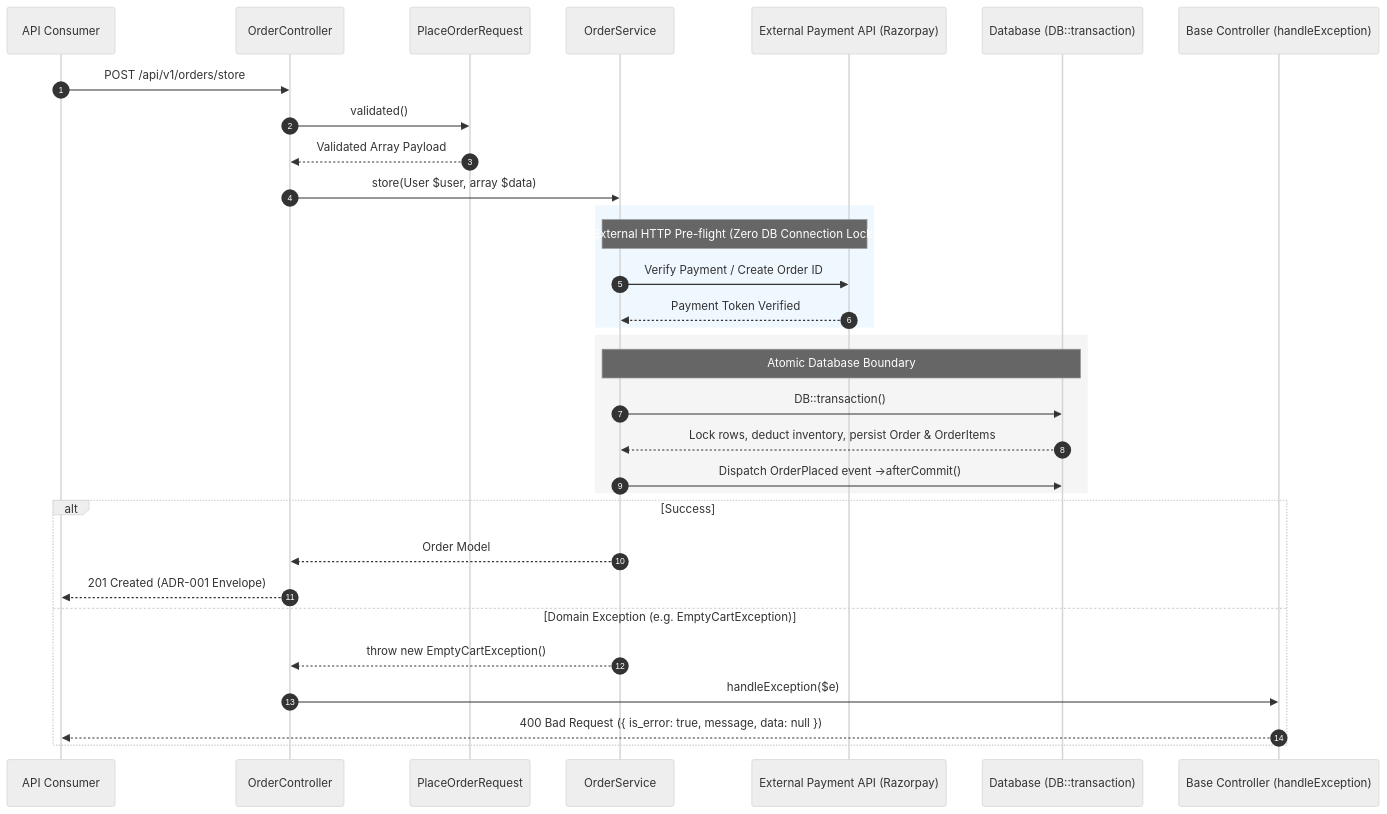
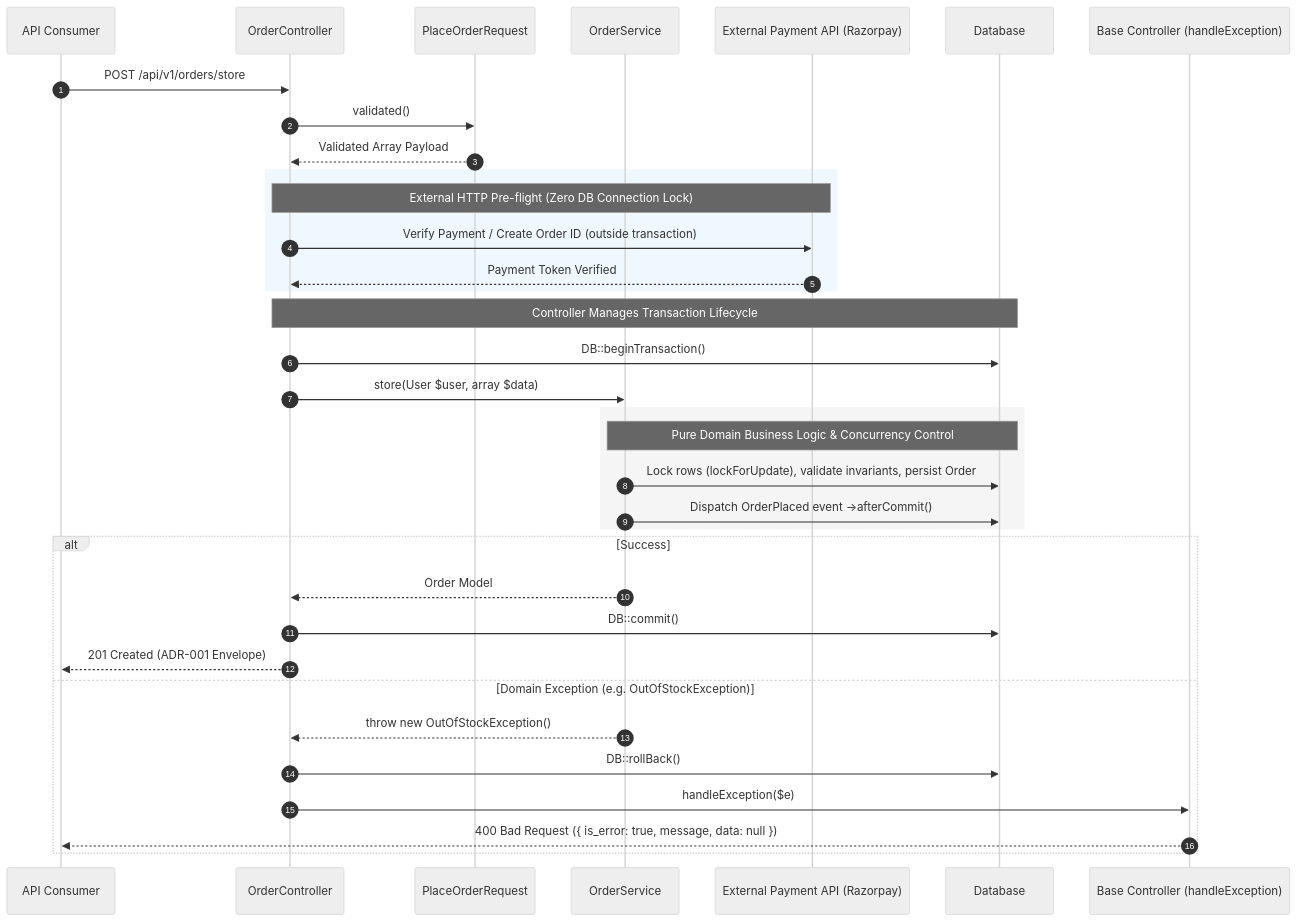
The diagram in backend/laravel-engineering-handbook/04-business-logic/README.md (arjundholakiyappmatictech-arch/food-delivery-backend), drawn with Mermaid (neutral theme) before and after one commit. The commit also changed other lines of this file and 13 other files, not shown here.

Commit message:
update database transaction architecture

````diff
--- a/backend/laravel-engineering-handbook/04-business-logic/README.md
+++ b/backend/laravel-engineering-handbook/04-business-logic/README.md
@@ -27,39 +27,43 @@
 ```mermaid
 sequenceDiagram
     autonumber
     participant Client as API Consumer
     participant Ctrl as OrderController
     participant Req as PlaceOrderRequest
     participant Svc as OrderService
     participant Ext as External Payment API (Razorpay)
-    participant DB as Database (DB::transaction)
+    participant DB as Database
     participant Base as Base Controller (handleException)
 
     Client->>Ctrl: POST /api/v1/orders/store
     Ctrl->>Req: validated()
     Req-->>Ctrl: Validated Array Payload
 
-    Ctrl->>Svc: store(User $user, array $data)
-    
     rect rgb(240, 248, 255)
-        Note over Svc,Ext: External HTTP Pre-flight (Zero DB Connection Lock)
-        Svc->>Ext: Verify Payment / Create Order ID
-        Ext-->>Svc: Payment Token Verified
+        Note over Ctrl,Ext: External HTTP Pre-flight (Zero DB Connection Lock)
+        Ctrl->>Ext: Verify Payment / Create Order ID (outside transaction)
+        Ext-->>Ctrl: Payment Token Verified
     end
 
+    Note over Ctrl,DB: Controller Manages Transaction Lifecycle
+    Ctrl->>DB: DB::beginTransaction()
+    
+    Ctrl->>Svc: store(User $user, array $data)
+
     rect rgb(245, 245, 245)
-        Note over Svc,DB: Atomic Database Boundary
-        Svc->>DB: DB::transaction()
-        DB-->>Svc: Lock rows, deduct inventory, persist Order & OrderItems
+        Note over Svc,DB: Pure Domain Business Logic & Concurrency Control
+        Svc->>DB: Lock rows (lockForUpdate), validate invariants, persist Order
         Svc->>DB: Dispatch OrderPlaced event ->afterCommit()
     end
 
     alt Success
         Svc-->>Ctrl: Order Model
+        Ctrl->>DB: DB::commit()
         Ctrl-->>Client: 201 Created (ADR-001 Envelope)
-    else Domain Exception (e.g. EmptyCartException)
-        Svc-->>Ctrl: throw new EmptyCartException()
+    else Domain Exception (e.g. OutOfStockException)
+        Svc-->>Ctrl: throw new OutOfStockException()
+        Ctrl->>DB: DB::rollBack()
         Ctrl->>Base: handleException($e)
         Base-->>Client: 400 Bad Request ({ is_error: true, message, data: null })
     end
 ```
````
